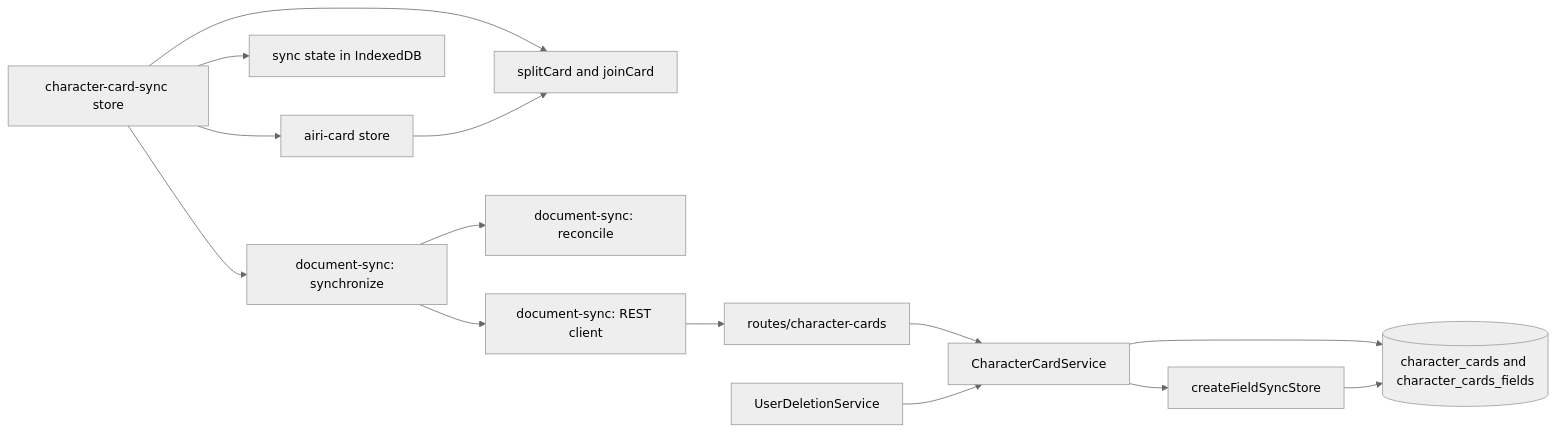
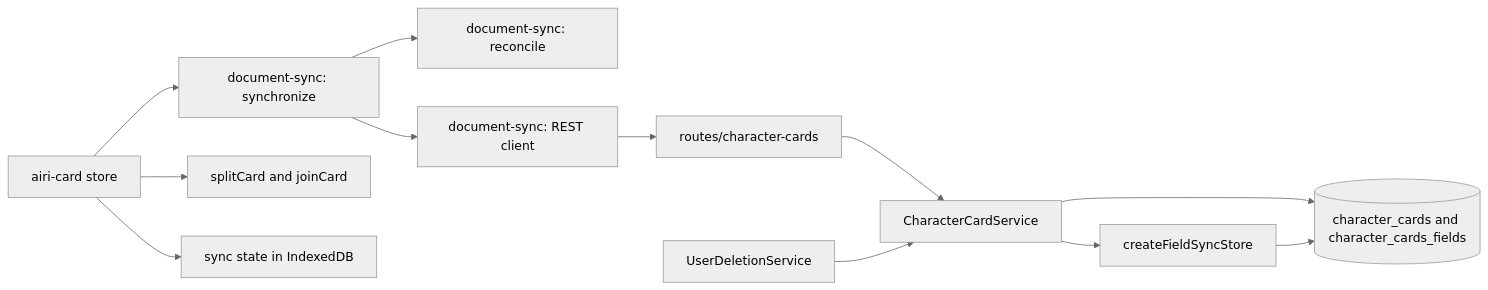
One commit to moeru-ai/airi changed the first of 2 diagrams in server/docs/ai/adr/2026-10-06-document-sync.md. Above: the diagram before and after it, drawn with Mermaid (neutral theme). The commit also changed other lines of this file and 9 other files, not shown here.

First line of the commit message:
refactor(stage-ui): run card synchronization in the card store

````diff
--- a/server/docs/ai/adr/2026-10-06-document-sync.md
+++ b/server/docs/ai/adr/2026-10-06-document-sync.md
@@ -101,16 +102,14 @@
 ```mermaid
 flowchart LR
-  Store[character-card-sync store] --> Sync[document-sync: synchronize]
-  Store --> Fields[splitCard and joinCard]
-  Store --> Repo[sync state in IndexedDB]
-  Store --> Cards[airi-card store]
-  Cards --> Fields
+  Cards[airi-card store] --> Sync[document-sync: synchronize]
+  Cards --> Fields[splitCard and joinCard]
+  Cards --> Repo[sync state in IndexedDB]
   Sync --> Reconcile[document-sync: reconcile]
   Sync --> Client[document-sync: REST client]
   Client --> Routes[routes/character-cards]
   Routes --> Service[CharacterCardService]
   Service --> Engine[createFieldSyncStore]
   Service --> Tables[(character_cards and character_cards_fields)]
   Engine --> Tables
   Deletion[UserDeletionService] --> Service
 ```
````
